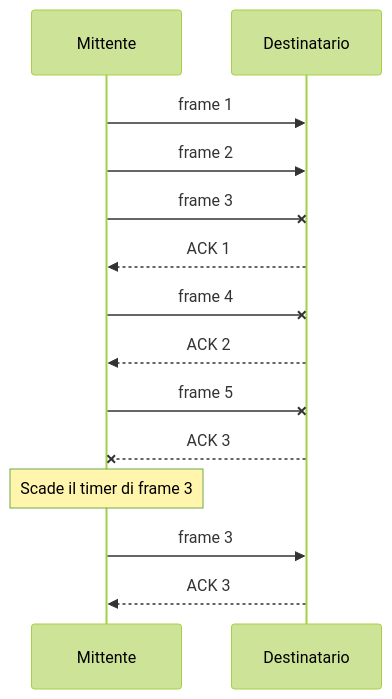
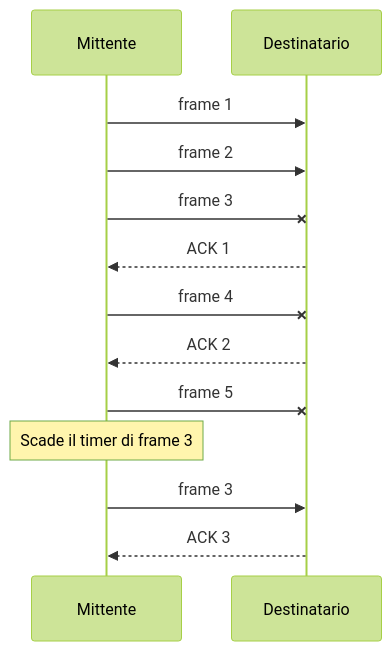
Before and after one commit to TendTo/Tutorato-Reti-di-Calcolatori: the second of 2 diagrams in lezioni/5-Esercizi/README.md, drawn with Mermaid (forest theme). The commit also changed other lines of this file, not shown here.

````diff
--- a/lezioni/5-Esercizi/README.md
+++ b/lezioni/5-Esercizi/README.md
@@ -136,19 +251,18 @@
 ```mermaid
 sequenceDiagram
 participant m as Mittente
 participant d as Destinatario
 
 m ->> d : frame 1
 m ->> d : frame 2
 m -x d : frame 3
 
 d -->> m : ACK 1
 m -x d : frame 4
 d -->> m : ACK 2
 m -x d : frame 5
-d --x m : ACK 3
 
 note over m: Scade il timer di frame 3
 m ->> d : frame 3
 d -->> m : ACK 3
 ```
````
